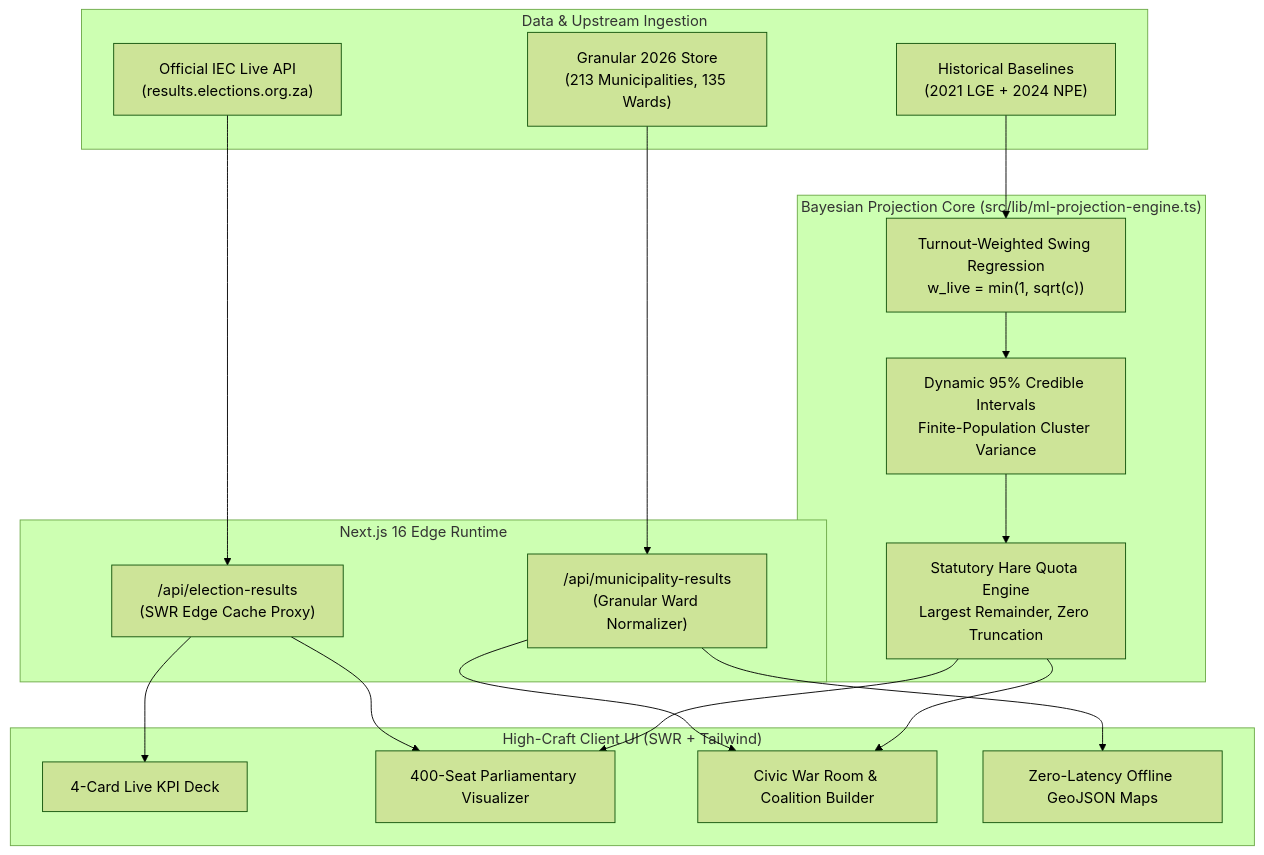
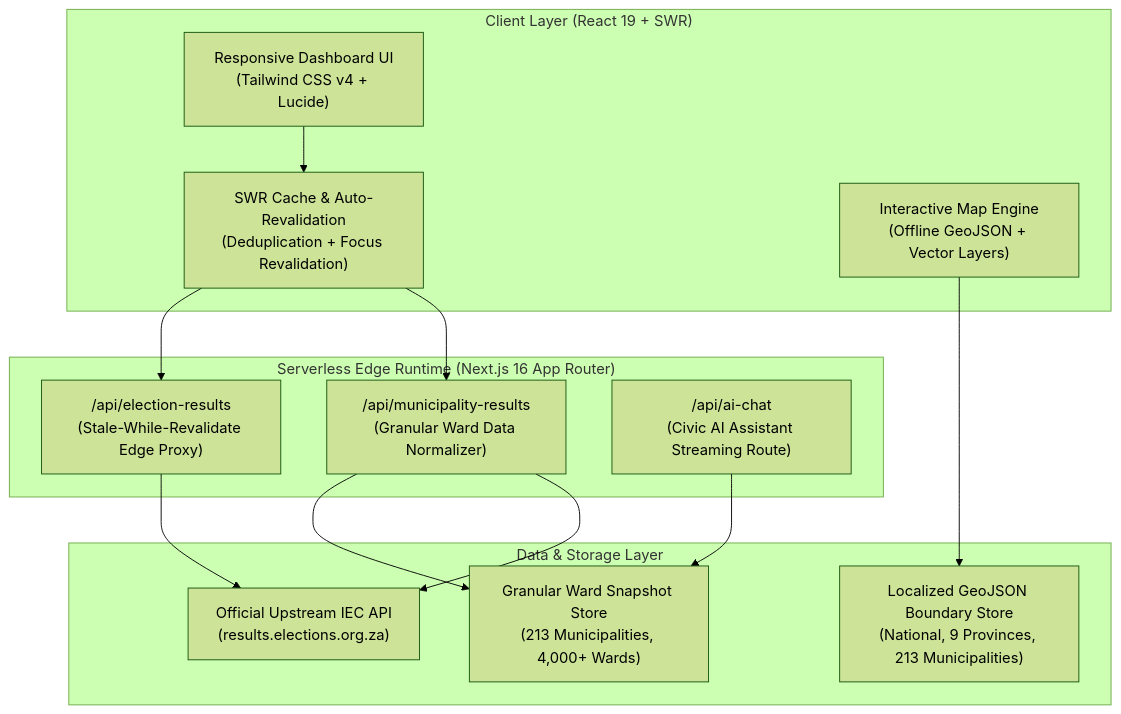
One commit to reamogetswemolefe0190-cmd/iec-election-tracker changed the diagram in README.md. Above: the diagram before and after it, drawn with Mermaid (forest theme). The commit also changed other lines of this file, not shown here.

Commit message:
docs: streamline README to focus on software architecture and full-stack tech stack

````diff
--- a/README.md
+++ b/README.md
@@ -27,33 +26,27 @@
 ```mermaid
 flowchart TD
-    subgraph Data Layer ["Data & Upstream Ingestion"]
-        IEC["Official IEC Live API<br/>(results.elections.org.za)"]
-        Granular["Granular 2026 Store<br/>(213 Municipalities, 135 Wards)"]
-        Baselines["Historical Baselines<br/>(2021 LGE + 2024 NPE)"]
+    subgraph Client ["Client Layer (React 19 + SWR)"]
+        UI["Responsive Dashboard UI<br/>(Tailwind CSS v4 + Lucide)"]
+        SWRClient["SWR Cache & Auto-Revalidation<br/>(Deduplication + Focus Revalidation)"]
+        MapClient["Interactive Map Engine<br/>(Offline GeoJSON + Vector Layers)"]
     end
 
-    subgraph Serverless Edge ["Next.js 16 Edge Runtime"]
-        Proxy["/api/election-results<br/>(SWR Edge Cache Proxy)"]
-        MuniAPI["/api/municipality-results<br/>(Granular Ward Normalizer)"]
+    subgraph Edge ["Serverless Edge Runtime (Next.js 16 App Router)"]
+        Route1["/api/election-results<br/>(Stale-While-Revalidate Edge Proxy)"]
+        Route2["/api/municipality-results<br/>(Granular Ward Data Normalizer)"]
+        Route3["/api/ai-chat<br/>(Civic AI Assistant Streaming Route)"]
     end
 
-    subgraph Analytical Core ["Bayesian Projection Core (src/lib/ml-projection-engine.ts)"]
-        Swing["Turnout-Weighted Swing Regression<br/>w_live = min(1, sqrt(c))"]
-        MoE["Dynamic 95% Credible Intervals<br/>Finite-Population Cluster Variance"]
-        Quota["Statutory Hare Quota Engine<br/>Largest Remainder, Zero Truncation"]
+    subgraph Data ["Data & Storage Layer"]
+        IEC["Official Upstream IEC API<br/>(results.elections.org.za)"]
+        GeoStore["Localized GeoJSON Boundary Store<br/>(National, 9 Provinces, 213 Municipalities)"]
+        GranularStore["Granular Ward Snapshot Store<br/>(213 Municipalities, 4,000+ Wards)"]
     end
 
-    subgraph UI ["High-Craft Client UI (SWR + Tailwind)"]
-        KPIs["4-Card Live KPI Deck"]
-        SeatBar["400-Seat Parliamentary Visualizer"]
-        WarRoom["Civic War Room & Coalition Builder"]
-        Map["Zero-Latency Offline GeoJSON Maps"]
-    end
-
-    IEC --> Proxy
-    Granular --> MuniAPI
-    Baselines --> Swing
-    Proxy --> KPIs & SeatBar
-    MuniAPI --> WarRoom & Map
-    Swing --> MoE --> Quota --> WarRoom & SeatBar
+    UI --> SWRClient
+    SWRClient --> Route1 & Route2
+    MapClient --> GeoStore
+    Route1 --> IEC
+    Route2 --> GranularStore & IEC
+    Route3 --> GranularStore
 ```
````
